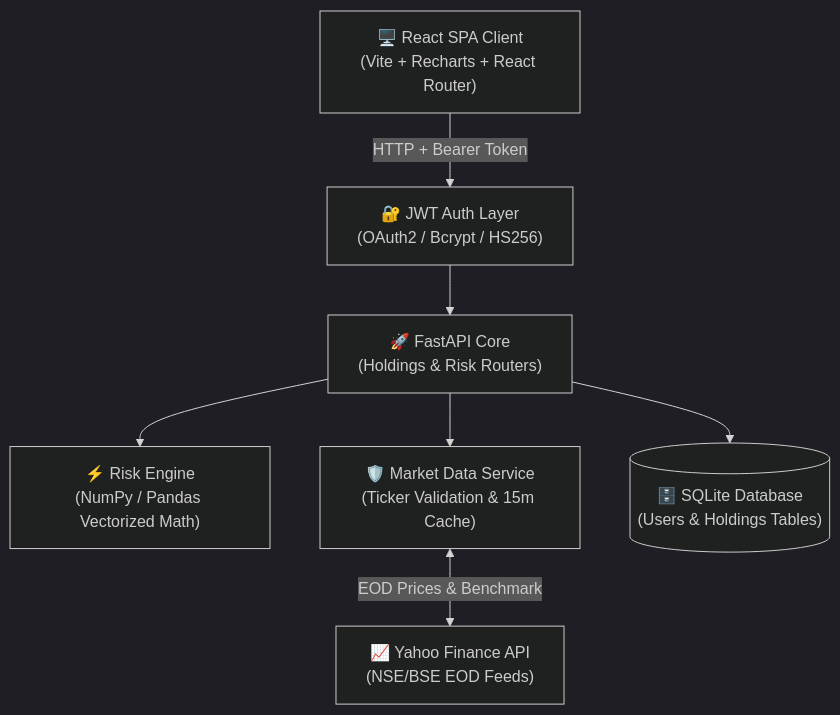
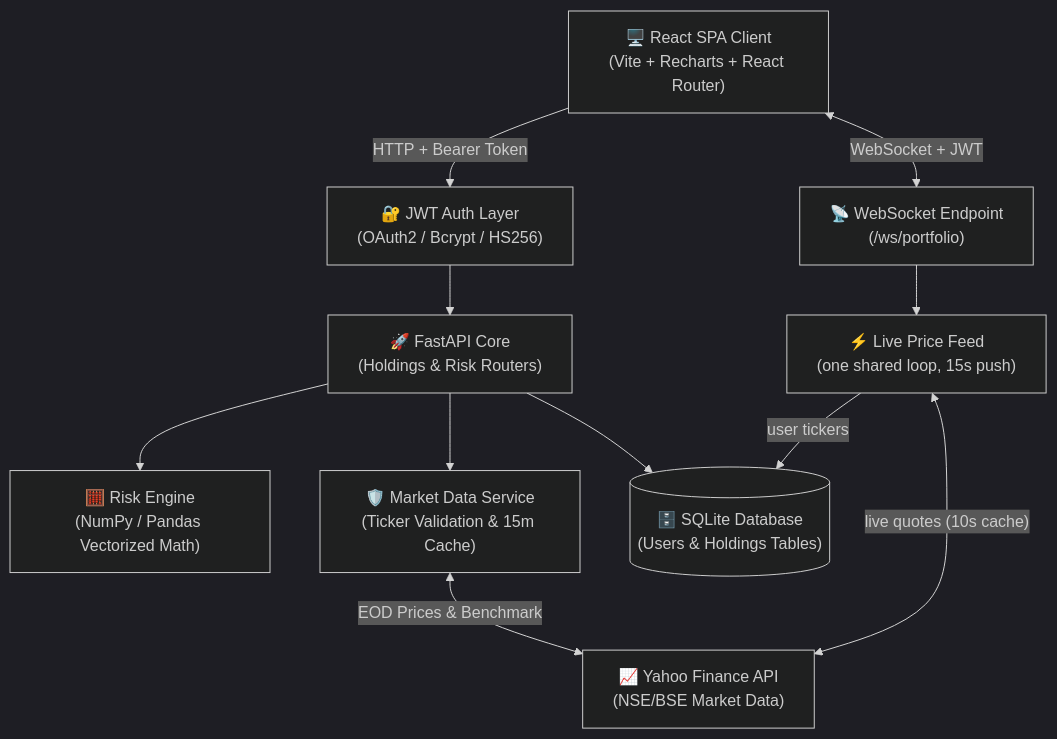
One commit to KamleshWattamwar/PortfoliX changed the first of 2 diagrams in README.md. Above: the diagram before and after it, drawn with Mermaid (dark theme). The commit also changed other lines of this file, not shown here.

Commit message:
docs: document WebSocket live streaming, update architecture, setup and limitations

````diff
--- a/README.md
+++ b/README.md
@@ -71,17 +74,24 @@
 ```mermaid
 graph TD
     Client["🖥️ React SPA Client<br/>(Vite + Recharts + React Router)"]
     Auth["🔐 JWT Auth Layer<br/>(OAuth2 / Bcrypt / HS256)"]
     API["🚀 FastAPI Core<br/>(Holdings & Risk Routers)"]
-    Engine["⚡ Risk Engine<br/>(NumPy / Pandas Vectorized Math)"]
+    WS["📡 WebSocket Endpoint<br/>(/ws/portfolio)"]
+    Feed["⚡ Live Price Feed<br/>(one shared loop, 15s push)"]
+    Engine["🧮 Risk Engine<br/>(NumPy / Pandas Vectorized Math)"]
     MktData["🛡️ Market Data Service<br/>(Ticker Validation & 15m Cache)"]
     DB[("🗄️ SQLite Database<br/>(Users & Holdings Tables)")]
-    YF["📈 Yahoo Finance API<br/>(NSE/BSE EOD Feeds)"]
+    YF["📈 Yahoo Finance API<br/>(NSE/BSE Market Data)"]
 
-    Client -->|HTTP + Bearer Token| Auth
+    Client -->|"HTTP + Bearer Token"| Auth
     Auth --> API
     API --> DB
     API --> MktData
     API --> Engine
-    MktData <-->|EOD Prices & Benchmark| YF
+    MktData <-->|"EOD Prices & Benchmark"| YF
+
+    Client <-->|"WebSocket + JWT"| WS
+    WS --> Feed
+    Feed -->|"user tickers"| DB
+    Feed <-->|"live quotes (10s cache)"| YF
 ```
````
